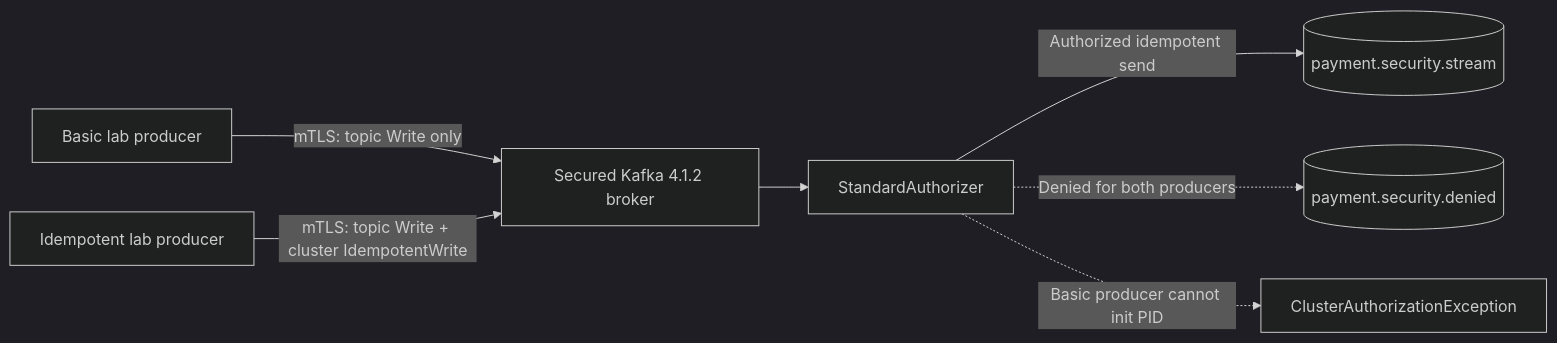
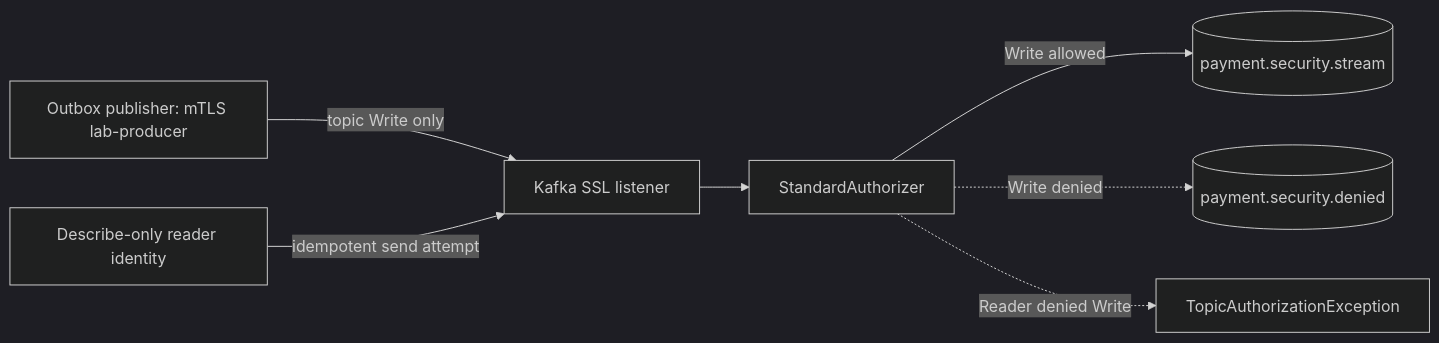
The first of 2 diagrams in docs/learning/37-kafka-idempotent-producer-authorization.md (asambataiden/enterprise-payment-platform), drawn with Mermaid (dark theme) before and after one commit. The commit also changed other lines of this file, not shown here.

Commit message:
docs(architecture): reassess Kafka idempotence using KIP-679 and two real failures

````diff
--- a/docs/learning/37-kafka-idempotent-producer-authorization.md
+++ b/docs/learning/37-kafka-idempotent-producer-authorization.md
@@ -77,9 +89,9 @@
 ```mermaid
 flowchart LR
-    P[Basic lab producer] -->|mTLS: topic Write only| B[Secured Kafka 4.1.2 broker]
-    I[Idempotent lab producer] -->|mTLS: topic Write + cluster IdempotentWrite| B
-    B --> A[StandardAuthorizer]
-    A -->|Authorized idempotent send| T[(payment.security.stream)]
-    A -.Denied for both producers.-> D[(payment.security.denied)]
-    A -.Basic producer cannot init PID.-> X[ClusterAuthorizationException]
+    A[Outbox publisher: mTLS lab-producer] -->|topic Write only| B[Kafka SSL listener]
+    R[Describe-only reader identity] -->|idempotent send attempt| B
+    B --> Z[StandardAuthorizer]
+    Z -->|Write allowed| S[(payment.security.stream)]
+    Z -.Write denied.-> D[(payment.security.denied)]
+    Z -.Reader denied Write.-> X[TopicAuthorizationException]
 ```
````
